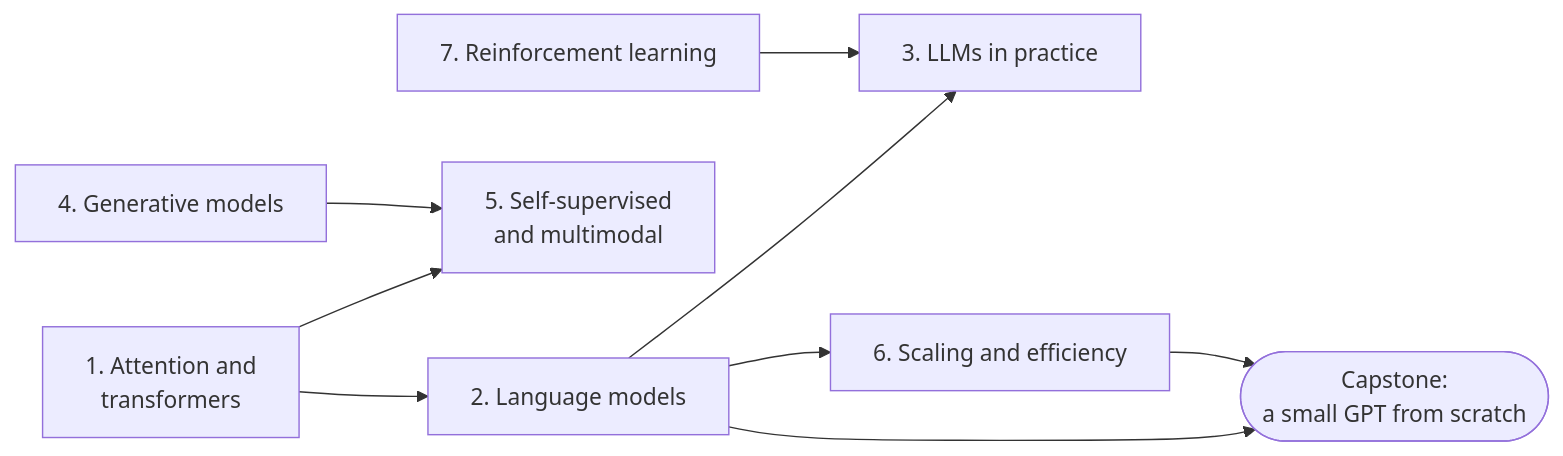
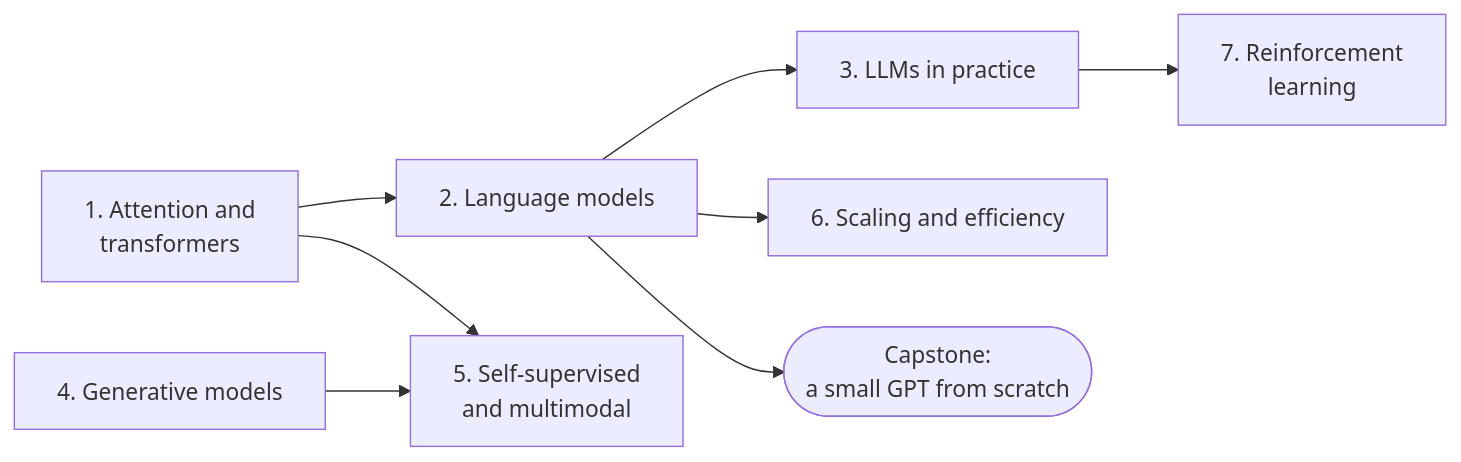
The diagram in docs/chapters/08-modern-deep-learning/index.md (astroboy1183/ml-handbook), drawn with Mermaid before and after one commit. The commit also changed other lines of this file and 83 other files, not shown here.

````diff
--- a/docs/chapters/08-modern-deep-learning/index.md
+++ b/docs/chapters/08-modern-deep-learning/index.md
@@ -47,11 +47,10 @@
 ```mermaid
 flowchart LR
     A["1. Attention and<br/>transformers"] --> B["2. Language models"]
     B --> C["3. LLMs in practice"]
+    C --> G["7. Reinforcement<br/>learning"]
     A --> E["5. Self-supervised<br/>and multimodal"]
     D["4. Generative models"] --> E
     B --> F["6. Scaling and efficiency"]
-    G["7. Reinforcement learning"] --> C
     B --> H(["Capstone:<br/>a small GPT from scratch"])
-    F --> H
 ```
````
